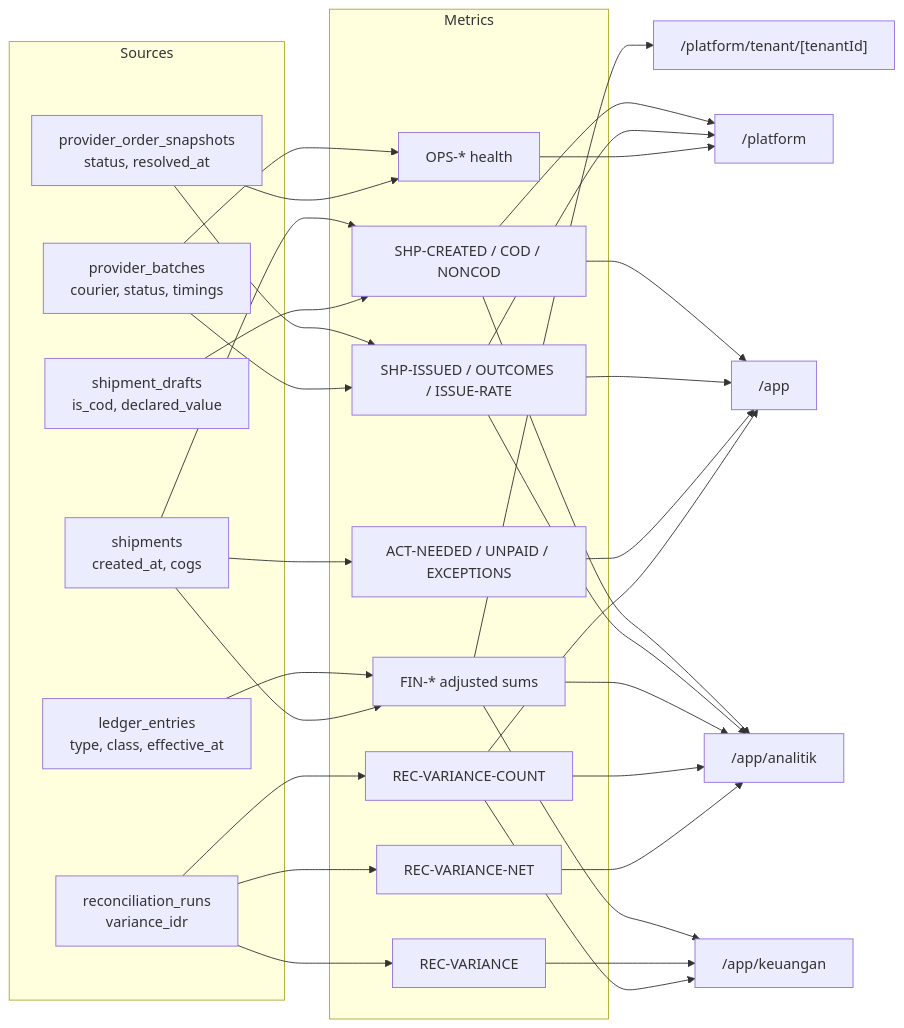
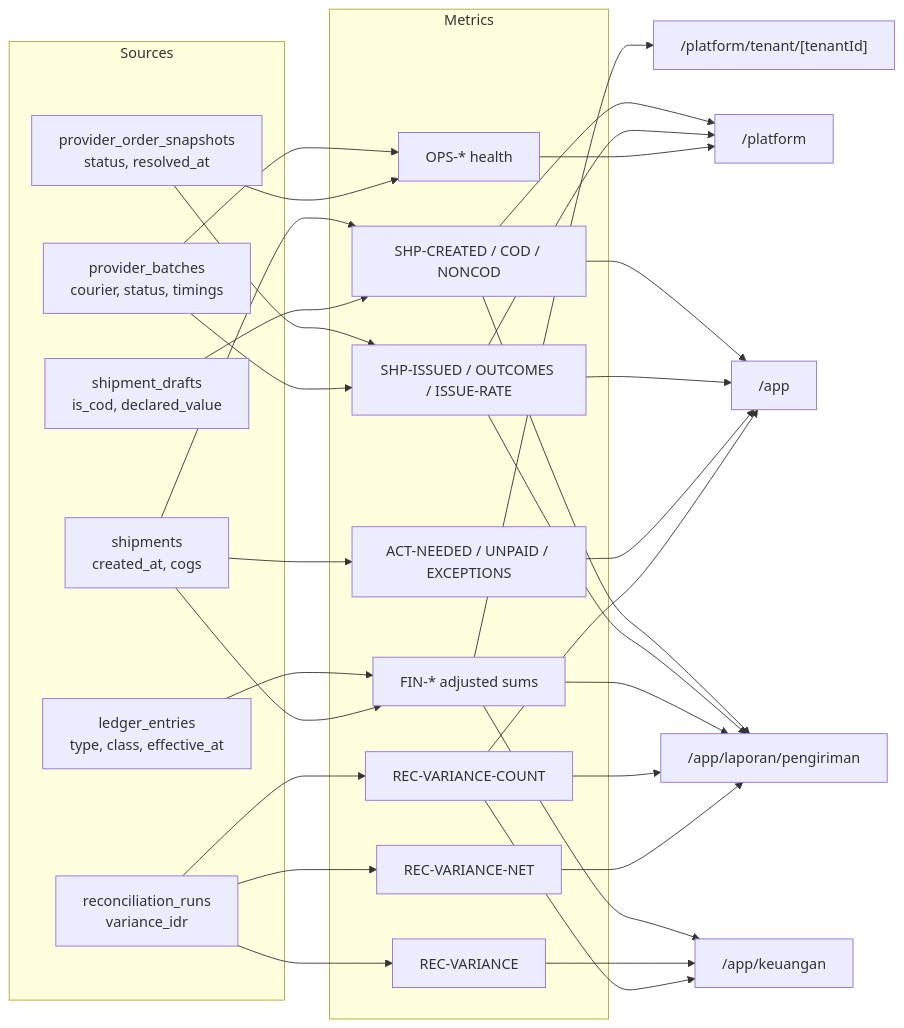
The first of 3 diagrams in docs/spec/19-METRICS-ANALYTICS-CONTRACT.md (ongkipro/geraicuan), drawn with Mermaid before and after one commit. The commit also changed other lines of this file and 335 other files, not shown here.

````diff
--- a/docs/spec/19-METRICS-ANALYTICS-CONTRACT.md
+++ b/docs/spec/19-METRICS-ANALYTICS-CONTRACT.md
@@ -300,49 +300,49 @@
 ```mermaid
 flowchart LR
   subgraph Sources
     SH[shipments<br/>created_at, cogs]
     SD[shipment_drafts<br/>is_cod, declared_value]
     POS[provider_order_snapshots<br/>status, resolved_at]
     PB[provider_batches<br/>courier, status, timings]
     LE[ledger_entries<br/>type, class, effective_at]
     RR[reconciliation_runs<br/>variance_idr]
   end
   subgraph Metrics
     V[SHP-CREATED / COD / NONCOD]
     I[SHP-ISSUED / OUTCOMES / ISSUE-RATE]
     A[ACT-NEEDED / UNPAID / EXCEPTIONS]
     F[FIN-* adjusted sums]
     R[REC-VARIANCE]
     RC[REC-VARIANCE-COUNT]
     RN[REC-VARIANCE-NET]
     O[OPS-* health]
   end
   SH --> V
   SD --> V
   POS --> I
   PB --> I
   SH --> A
   LE --> F
   SH --> F
   RR --> R
   RR --> RC
   RR --> RN
   PB --> O
   POS --> O
   V --> APP["/app"]
   I --> APP
   A --> APP
   RC --> APP
-  V --> AN["/app/analitik"]
+  V --> AN["/app/laporan/pengiriman"]
   I --> AN
   F --> AN
   RC --> AN
   RN --> AN
   F --> KEU["/app/keuangan"]
   R --> KEU
   RC --> KEU
   V --> PLAT["/platform"]
   I --> PLAT
   O --> PLAT
   F --> PT["/platform/tenant/[tenantId]"]
 ```
````
